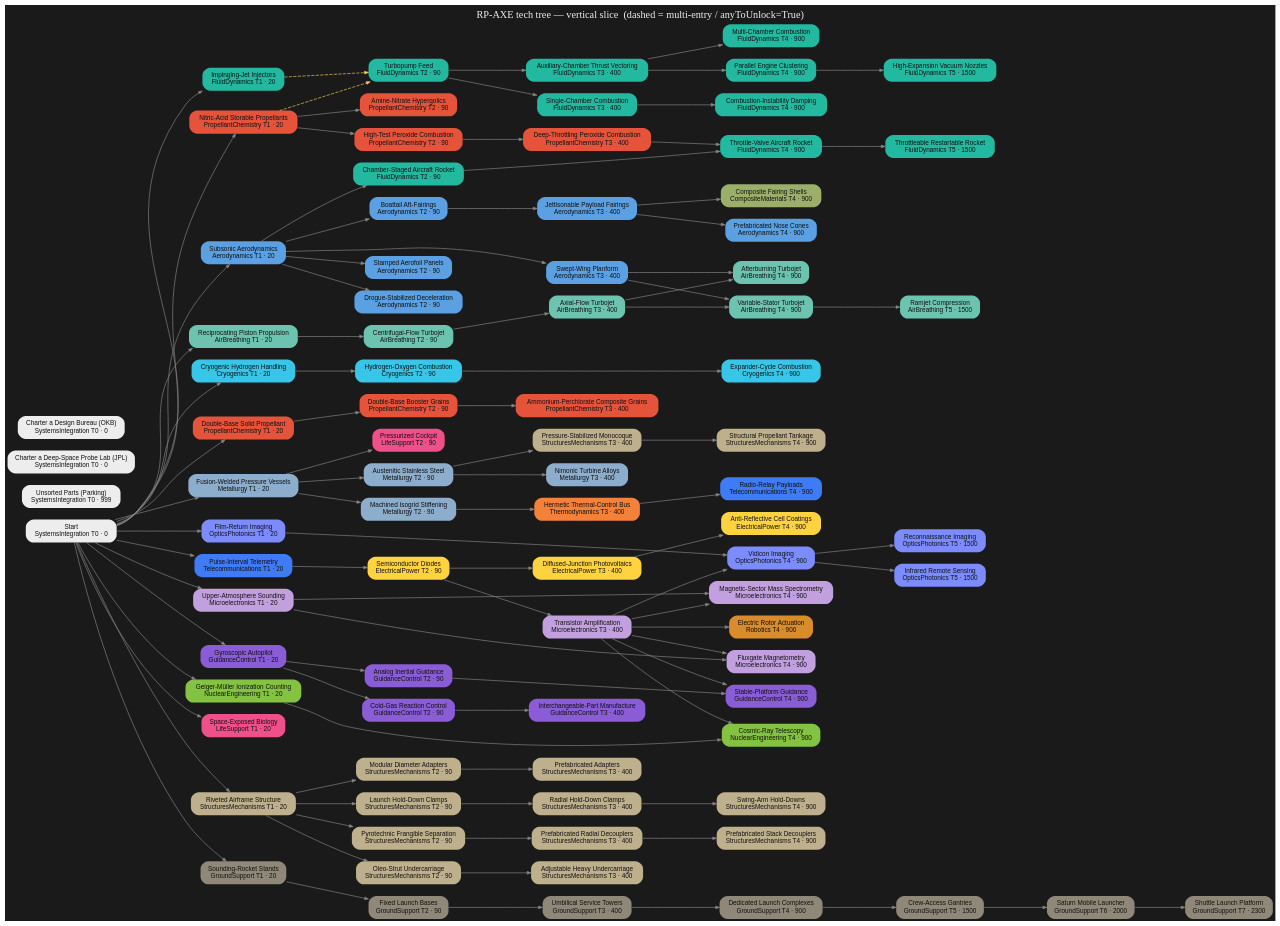
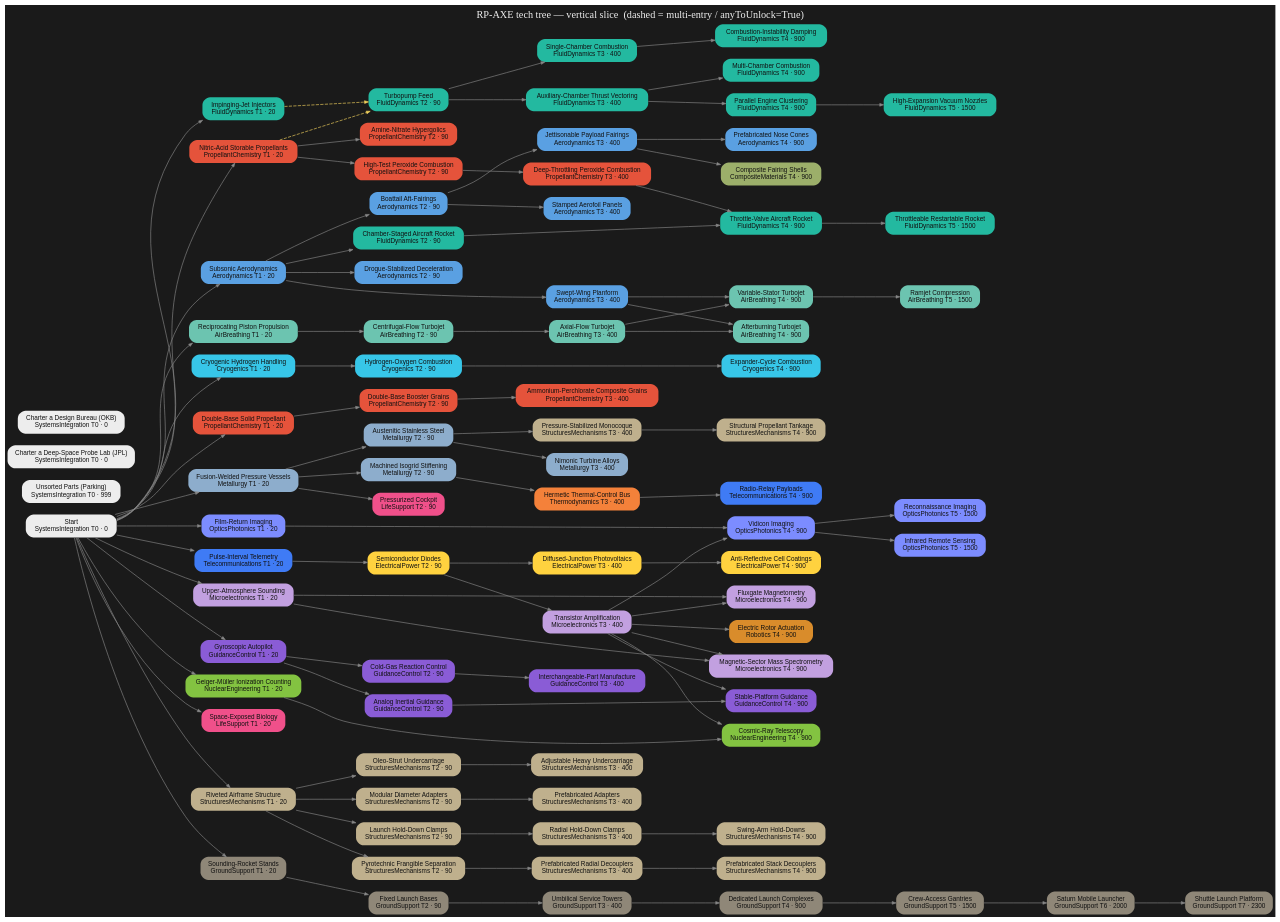
One commit to miskoltrans/RP-AXE changed the diagram in tree/render/axe-tree.dot. Above: the diagram before and after it, drawn with Graphviz. The commit also changed 5 other files, not shown here.

First line of the commit message:
tree(band1): bury Stamped Aerofoil Panels behind boattail (stock-parts tax)

```diff
--- a/tree/render/axe-tree.dot
+++ b/tree/render/axe-tree.dot
@@ -63,7 +63,7 @@
   "gnc_avionicsPrototypes" [label="Analog Inertial Guidance\nGuidanceControl T2 · 90",fillcolor="#8a5cd6",fontcolor="#111111"];
   "gnc_earlyAvionics" [label="Stable-Platform Guidance\nGuidanceControl T4 · 900",fillcolor="#8a5cd6",fontcolor="#111111"];
   "gnc_standardRCS" [label="Interchangeable-Part Manufacture\nGuidanceControl T3 · 400",fillcolor="#8a5cd6",fontcolor="#111111"];
-  "aero_stampedWings" [label="Stamped Aerofoil Panels\nAerodynamics T2 · 90",fillcolor="#5aa0e2",fontcolor="#111111"];
+  "aero_stampedWings" [label="Stamped Aerofoil Panels\nAerodynamics T3 · 400",fillcolor="#5aa0e2",fontcolor="#111111"];
   "aero_boattail" [label="Boattail Aft-Fairings\nAerodynamics T2 · 90",fillcolor="#5aa0e2",fontcolor="#111111"];
   "str_diameterAdapters" [label="Modular Diameter Adapters\nStructuresMechanisms T2 · 90",fillcolor="#bfb08d",fontcolor="#111111"];
   "str_prefabAdapters" [label="Prefabricated Adapters\nStructuresMechanisms T3 · 400",fillcolor="#bfb08d",fontcolor="#111111"];
@@ -91,8 +91,8 @@
   "opt_remoteSensing" [label="Infrared Remote Sensing\nOpticsPhotonics T5 · 1500",fillcolor="#7c8cff",fontcolor="#111111"];
   { rank=same; "start" "parking" "hire_JPL" "hire_OKB" }
   { rank=same; "pc_storables" "cryo_hydrogen" "pc_doubleBaseSolid" "fd_injectors" "met_weldedTank" "tel_telemetry" "opt_filmReturn" "nuc_geiger" "bio_cultures" "mic_atmoSounding" "aero_subsonicWing" "str_structuralHardware" "gnc_postWarAvionics" "prop_recipEngine" "gs_soundingStands" }
-  { rank=same; "fd_turbopumpFeed" "cryo_hydroloxPrototype" "pc_doubleBaseBooster" "pc_hypergolics" "pc_htp" "met_stainlessSteel" "met_isogrid" "str_staging" "elec_semiconductorDiode" "gnc_rcs" "aero_recovery" "str_landingGear" "av_centrifugalJet" "fd_rocketplaneRocket" "gnc_avionicsPrototypes" "aero_stampedWings" "aero_boattail" "str_diameterAdapters" "life_pilotedCockpits" "gs_launchClamps" "gs_launchBases" }
-  { rank=same; "fd_singleChamber" "fd_verniers" "pc_compositeSolid" "pc_stentor" "met_nimonic" "str_balloonTank" "aero_fairings" "th_hermeticBus" "elec_transistor" "elec_siliconPV" "str_adjustableGear" "av_axialJet" "aero_supersonicWing" "gnc_standardRCS" "str_prefabAdapters" "str_radialDecouplers" "gs_radialClamps" "gs_serviceTowers" }
+  { rank=same; "fd_turbopumpFeed" "cryo_hydroloxPrototype" "pc_doubleBaseBooster" "pc_hypergolics" "pc_htp" "met_stainlessSteel" "met_isogrid" "str_staging" "elec_semiconductorDiode" "gnc_rcs" "aero_recovery" "str_landingGear" "av_centrifugalJet" "fd_rocketplaneRocket" "gnc_avionicsPrototypes" "aero_boattail" "str_diameterAdapters" "life_pilotedCockpits" "gs_launchClamps" "gs_launchBases" }
+  { rank=same; "fd_singleChamber" "fd_verniers" "pc_compositeSolid" "pc_stentor" "met_nimonic" "str_balloonTank" "aero_fairings" "th_hermeticBus" "elec_transistor" "elec_siliconPV" "str_adjustableGear" "av_axialJet" "aero_supersonicWing" "gnc_standardRCS" "aero_stampedWings" "str_prefabAdapters" "str_radialDecouplers" "gs_radialClamps" "gs_serviceTowers" }
   { rank=same; "fd_largeChamber" "fd_orbitalSoviet" "fd_orbitalMultiChamber" "cryo_expanderCycle" "rob_rotorActuation" "opt_vidicon" "mic_massSpec" "mic_magnetometer" "av_afterburner" "av_variableStator" "fd_throttleableRocketplane" "gnc_earlyAvionics" "str_serviceModuleTank" "cmp_compositeFairings" "elec_arCoatings" "str_standardDecouplers" "tel_appSatellites" "gs_holdDownArms" "gs_dedicatedComplexes" "aero_prefabNoseCones" "nuc_cosmicRay" }
   { rank=same; "fd_matureOrbital" "av_ramjet" "fd_throttlingRocket" "gs_crewGantries" "opt_recon" "opt_remoteSensing" }
   { rank=same; "gs_saturnPad" }
@@ -162,7 +162,7 @@
   "gnc_avionicsPrototypes" -> "gnc_earlyAvionics" [style=solid];
   "elec_transistor" -> "gnc_earlyAvionics" [style=solid];
   "gnc_rcs" -> "gnc_standardRCS" [style=solid];
-  "aero_subsonicWing" -> "aero_stampedWings" [style=solid];
+  "aero_boattail" -> "aero_stampedWings" [style=solid];
   "aero_subsonicWing" -> "aero_boattail" [style=solid];
   "str_structuralHardware" -> "str_diameterAdapters" [style=solid];
   "str_diameterAdapters" -> "str_prefabAdapters" [style=solid];
```
